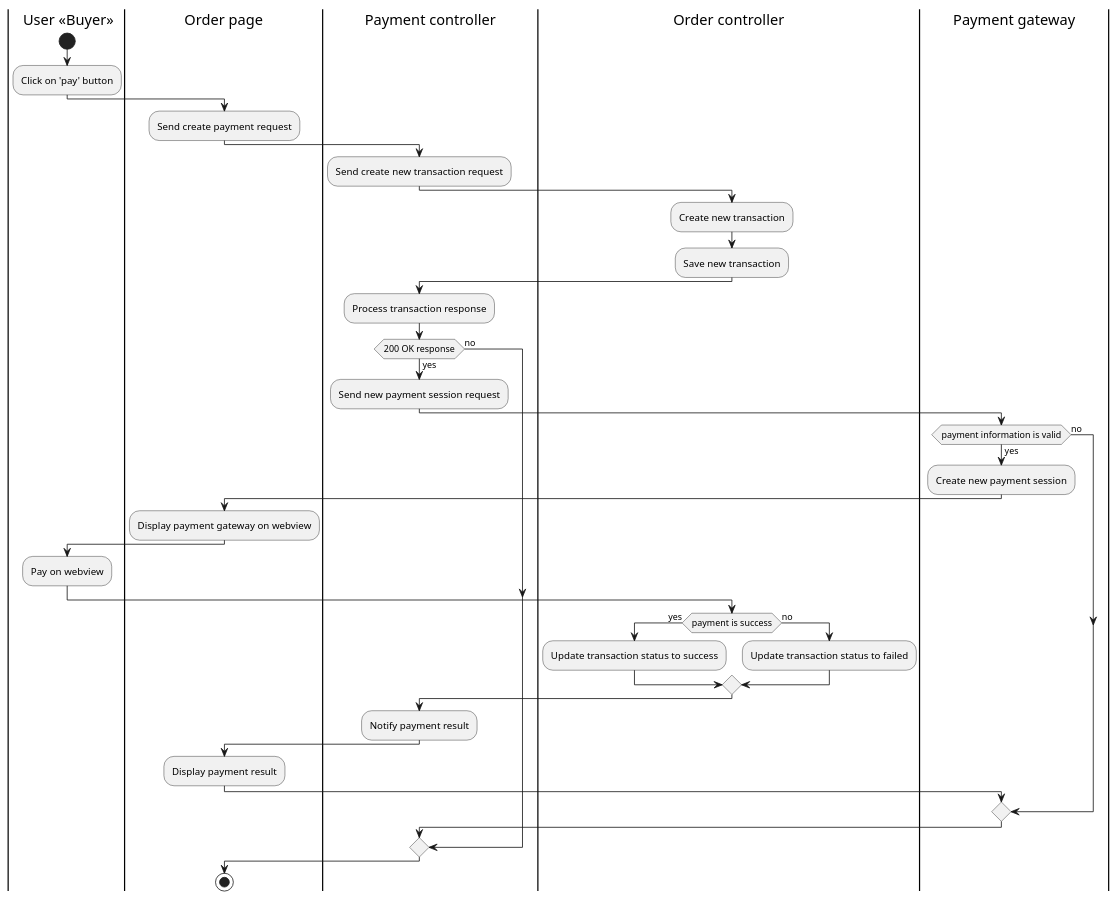
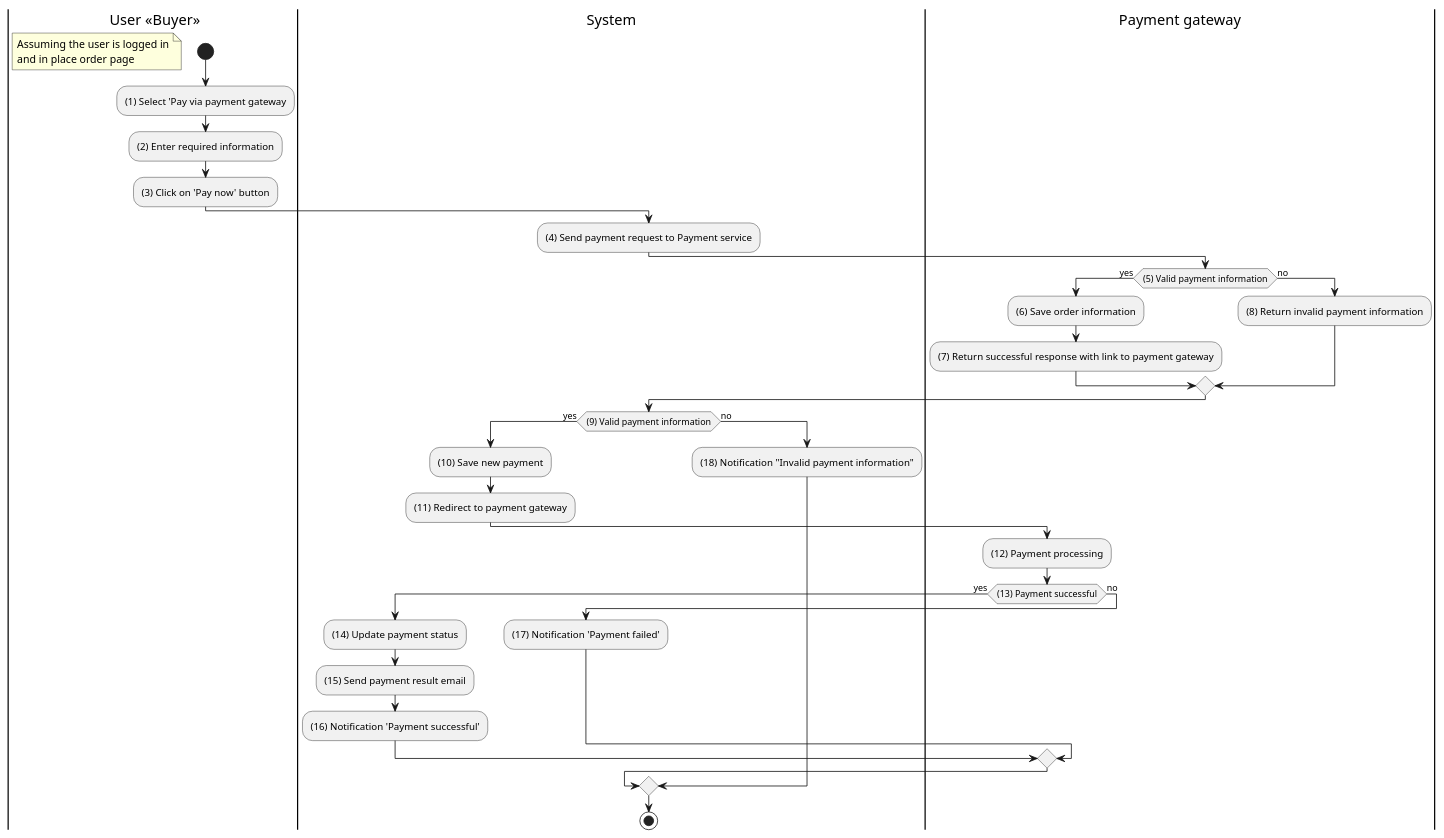
Before and after one commit to doublek2712/SE357-Pratice-class: the diagram in Lab 1.2/puml-code/activity/pay-through-third-party-payment-gateway.puml, drawn with PlantUML. The commit also changed 1 other file, not shown here.

```diff
--- a/Lab 1.2/puml-code/activity/pay-through-third-party-payment-gateway.puml
+++ b/Lab 1.2/puml-code/activity/pay-through-third-party-payment-gateway.puml
@@ -1,44 +1,40 @@
 @startuml
 |Buyer| User <<Buyer>>
-|Order page|
-|Payment controller|
-|Order controller|
-|Payment gateway|
-
 |Buyer|
 start
-:Click on 'pay' button;
-|Order page|
-:Send create payment request;
-|Payment controller|
-:Send create new transaction request;
-|Order controller|
-:Create new transaction;
-:Save new transaction;
-|Payment controller|
-:Process transaction response;
-if (200 OK response) then (yes)
-:Send new payment session request;
+floating note left
+Assuming the user is logged in
+and in place order page
+end note
+:(1) Select 'Pay via payment gateway;
+:(2) Enter required information;
+:(3) Click on 'Pay now' button;
+|System|
+:(4) Send payment request to Payment service;
 |Payment gateway|
-if (payment information is valid) then (yes)
-:Create new payment session;
-|Order page|
-:Display payment gateway on webview;
-|Buyer|
-:Pay on webview;
-|Order controller|
-if (payment is success) then (yes)
-:Update transaction status to success;
+if ((5) Valid payment information) then (yes)
+:(6) Save order information;
+:(7) Return successful response with link to payment gateway;
 else (no)
-:Update transaction status to failed;
+:(8) Return invalid payment information;
 endif
-|Payment controller|
-:Notify payment result;
-|Order page|
-:Display payment result;
+|System|
+if ((9) Valid payment information) then (yes)
+:(10) Save new payment;
+:(11) Redirect to payment gateway;
+|Payment gateway|
+:(12) Payment processing;
+if ((13) Payment successful) then (yes)
+|System|
+:(14) Update payment status;
+:(15) Send payment result email;
+:(16) Notification 'Payment successful';
 else (no)
+:(17) Notification 'Payment failed';
 endif
 else (no)
+|System|
+:(18) Notification "Invalid payment information";
 endif
 stop
 @enduml
```
